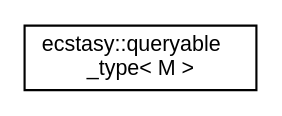
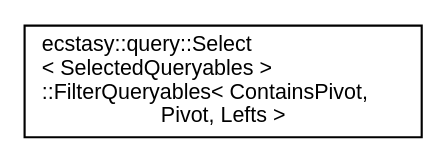
Before and after one commit to AndreasLrx/ecstasy: the diagram in inherit_graph_45.dot, drawn with Graphviz. The commit also changed 604 other files, not shown here.

```diff
--- a/inherit_graph_45.dot
+++ b/inherit_graph_45.dot
@@ -1,8 +1,8 @@
 digraph "Graphical Class Hierarchy"
 {
  // LATEX_PDF_SIZE
   edge [fontname="Helvetica",fontsize="10",labelfontname="Helvetica",labelfontsize="10"];
   node [fontname="Helvetica",fontsize="10",shape=record];
   rankdir="LR";
-  Node0 [label="ecstasy::queryable\l_type\< M \>",height=0.2,width=0.4,color="black", fillcolor="white", style="filled",URL="$structecstasy_1_1queryable__type_3_01_m_01_4.html",tooltip="type"];
+  Node0 [label="ecstasy::query::Select\l\< SelectedQueryables \>\l::FilterQueryables\< ContainsPivot,\l Pivot, Lefts \>",height=0.2,width=0.4,color="black", fillcolor="white", style="filled",URL="$structecstasy_1_1query_1_1_select_1_1_filter_queryables.html",tooltip=" "];
 }
```
